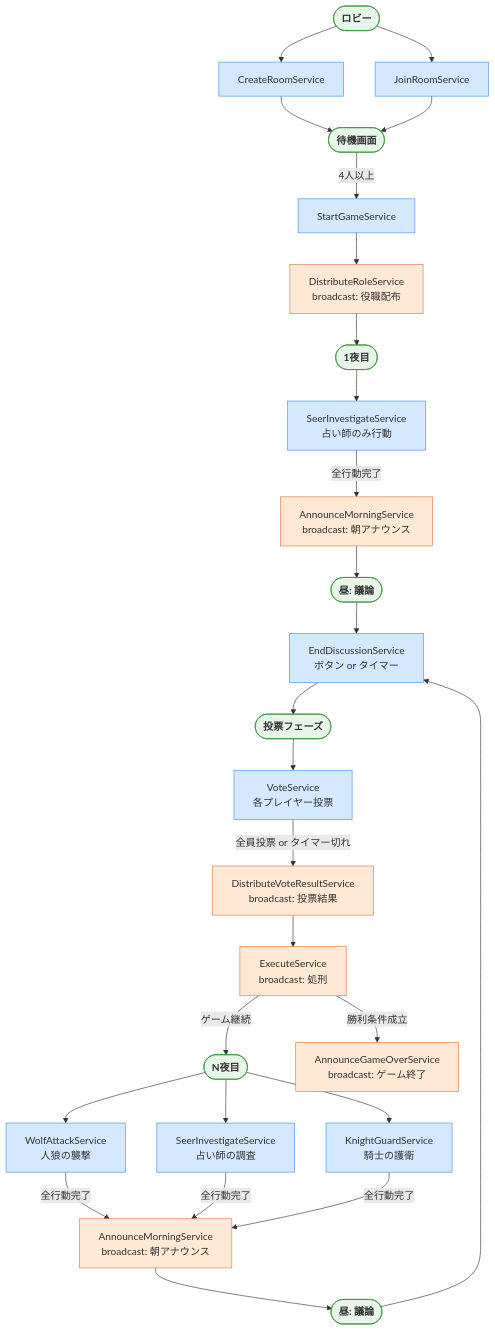
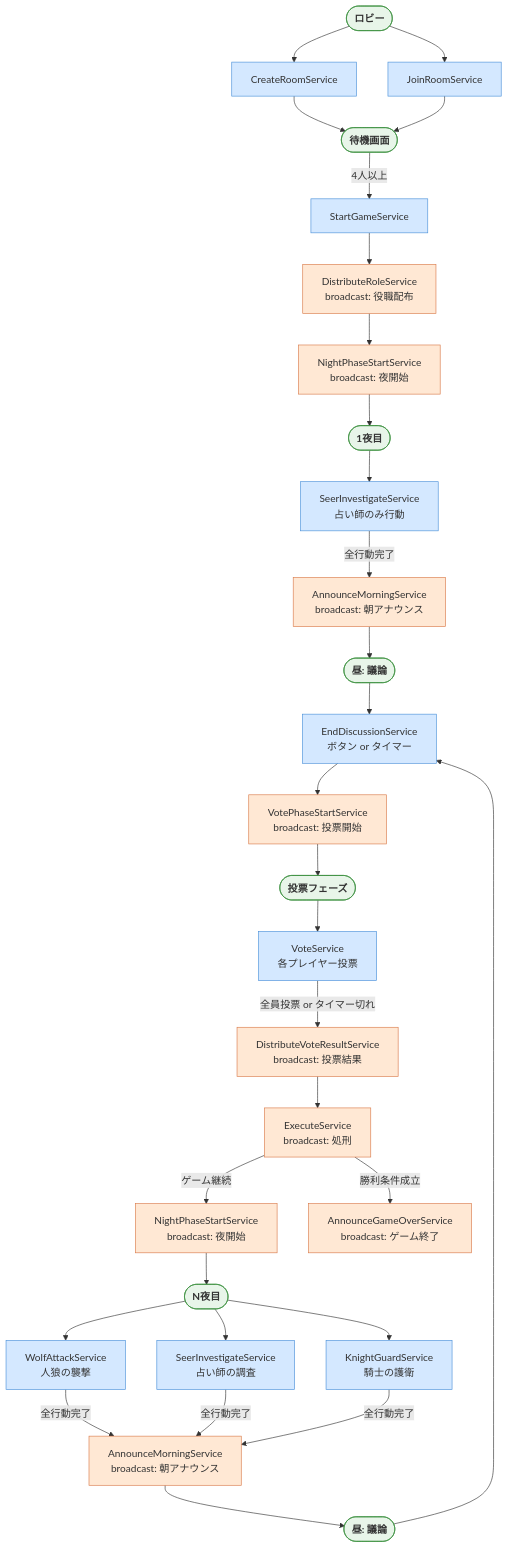
One commit to doguto/waseda-soft-exp changed the fourth of 4 diagrams in README.md. Above: the diagram before and after it, drawn with Mermaid. The commit also changed other lines of this file and 5 other files, not shown here.

````diff
--- a/README.md
+++ b/README.md
@@ -233,37 +243,40 @@
 ```mermaid
 flowchart TD
     classDef clientSvc fill:#d4e8ff,stroke:#4a90d9
     classDef serverSvc fill:#ffe8d4,stroke:#d97a4a
     classDef phase fill:#e8f5e9,stroke:#388e3c,font-weight:bold
 
     LOBBY([ロビー]):::phase
 
     LOBBY --> CS[CreateRoomService]:::clientSvc
     LOBBY --> JS[JoinRoomService]:::clientSvc
     CS & JS --> WAITING([待機画面]):::phase
 
     WAITING -->|4人以上| SS[StartGameService]:::clientSvc
     SS --> DR["DistributeRoleService<br/>broadcast: 役職配布"]:::serverSvc
-    DR --> NIGHT1([1夜目]):::phase
+    DR --> NPS1["NightPhaseStartService<br/>broadcast: 夜開始"]:::serverSvc
+    NPS1 --> NIGHT1([1夜目]):::phase
 
     NIGHT1 --> SI1["SeerInvestigateService<br/>占い師のみ行動"]:::clientSvc
     SI1 -->|全行動完了| AM1["AnnounceMorningService<br/>broadcast: 朝アナウンス"]:::serverSvc
     AM1 --> DISC1([昼: 議論]):::phase
 
     DISC1 --> ED["EndDiscussionService<br/>ボタン or タイマー"]:::clientSvc
-    ED --> VOTE([投票フェーズ]):::phase
+    ED --> VPS["VotePhaseStartService<br/>broadcast: 投票開始"]:::serverSvc
+    VPS --> VOTE([投票フェーズ]):::phase
 
     VOTE --> VS["VoteService<br/>各プレイヤー投票"]:::clientSvc
     VS -->|全員投票 or タイマー切れ| DVR["DistributeVoteResultService<br/>broadcast: 投票結果"]:::serverSvc
     DVR --> EX["ExecuteService<br/>broadcast: 処刑"]:::serverSvc
 
-    EX -->|ゲーム継続| NIGHTN([N夜目]):::phase
+    EX -->|ゲーム継続| NPSN["NightPhaseStartService<br/>broadcast: 夜開始"]:::serverSvc
+    NPSN --> NIGHTN([N夜目]):::phase
     EX -->|勝利条件成立| AGO["AnnounceGameOverService<br/>broadcast: ゲーム終了"]:::serverSvc
 
     NIGHTN --> WA["WolfAttackService<br/>人狼の襲撃"]:::clientSvc
     NIGHTN --> SIN["SeerInvestigateService<br/>占い師の調査"]:::clientSvc
     NIGHTN --> KG["KnightGuardService<br/>騎士の護衛"]:::clientSvc
     WA & SIN & KG -->|全行動完了| AMN["AnnounceMorningService<br/>broadcast: 朝アナウンス"]:::serverSvc
     AMN --> DISCN([昼: 議論]):::phase
     DISCN --> ED
 ```
````
